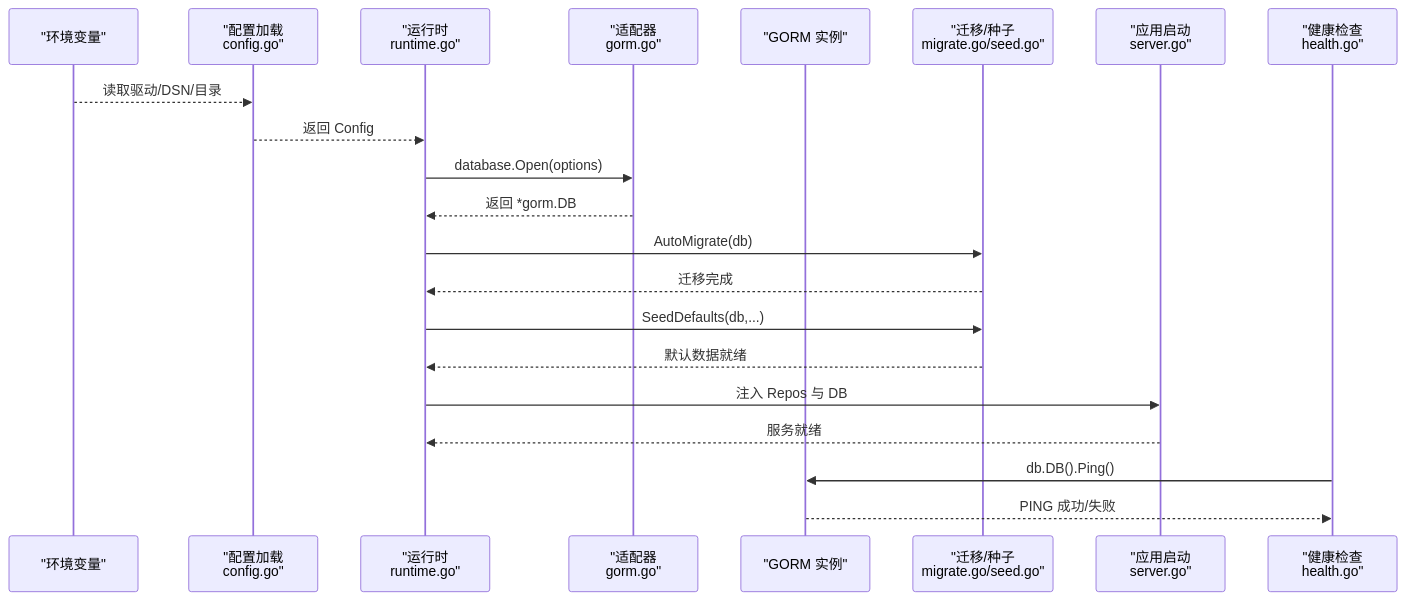
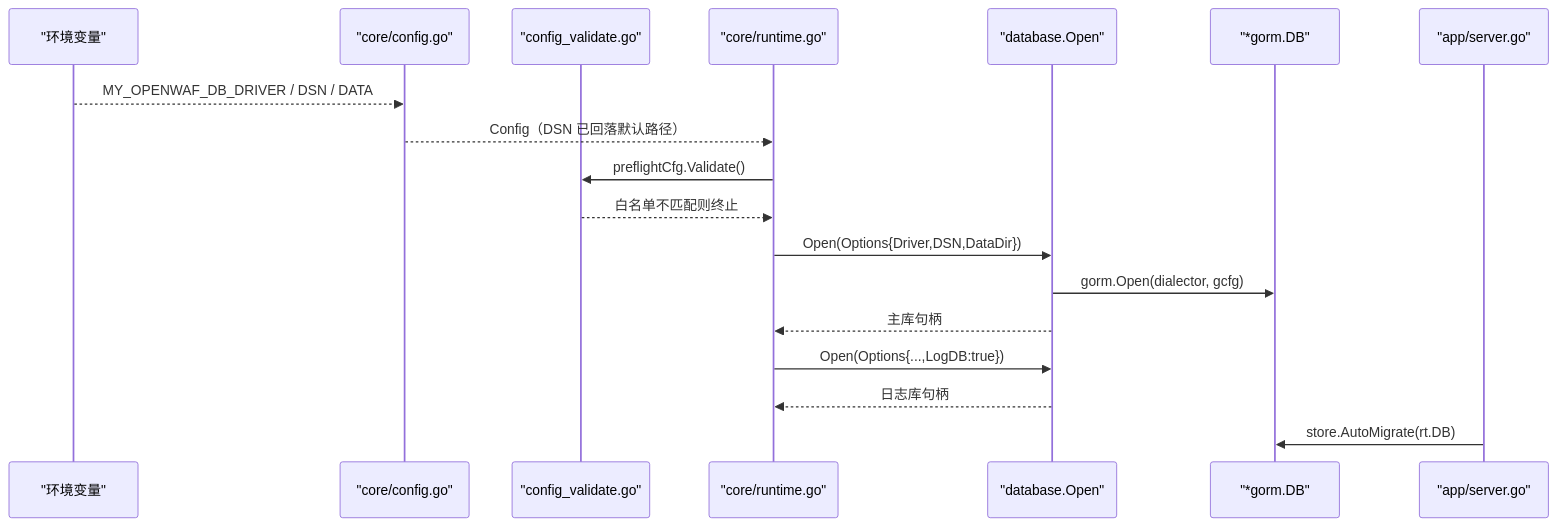
Before and after one commit to x01n/My-OpenWaf: the second of 5 diagrams in docs/扩展与插件系统/存储后端扩展/数据库适配器.md, drawn with Mermaid. The commit also changed other lines of this file and 622 other files, not shown here.

````diff
--- a/docs/扩展与插件系统/存储后端扩展/数据库适配器.md
+++ b/docs/扩展与插件系统/存储后端扩展/数据库适配器.md
@@ -109,23 +149,20 @@
 ```mermaid
 sequenceDiagram
-participant ENV as "环境变量"
-participant CFG as "配置加载<br/>config.go"
-participant RT as "运行时<br/>runtime.go"
-participant ADP as "适配器<br/>gorm.go"
-participant DB as "GORM 实例"
-participant MIG as "迁移/种子<br/>migrate.go/seed.go"
-participant APP as "应用启动<br/>server.go"
-participant HC as "健康检查<br/>health.go"
-ENV-->>CFG : 读取驱动/DSN/目录
-CFG-->>RT : 返回 Config
-RT->>ADP : database.Open(options)
-ADP-->>RT : 返回 *gorm.DB
-RT->>MIG : AutoMigrate(db)
-MIG-->>RT : 迁移完成
-RT->>MIG : SeedDefaults(db,...)
-MIG-->>RT : 默认数据就绪
-RT->>APP : 注入 Repos 与 DB
-APP-->>RT : 服务就绪
-HC->>DB : db.DB().Ping()
-DB-->>HC : PING 成功/失败
+    participant ENV as "环境变量"
+    participant CFG as "core/config.go"
+    participant VAL as "config_validate.go"
+    participant RT as "core/runtime.go"
+    participant ADP as "database.Open"
+    participant DB as "*gorm.DB"
+    participant APP as "app/server.go"
+    ENV-->>CFG : MY_OPENWAF_DB_DRIVER / DSN / DATA
+    CFG-->>RT : Config（DSN 已回落默认路径）
+    RT->>VAL : preflightCfg.Validate()
+    VAL-->>RT : 白名单不匹配则终止
+    RT->>ADP : Open(Options{Driver,DSN,DataDir})
+    ADP->>DB : gorm.Open(dialector, gcfg)
+    ADP-->>RT : 主库句柄
+    RT->>ADP : Open(Options{...,LogDB:true})
+    ADP-->>RT : 日志库句柄
+    APP->>DB : store.AutoMigrate(rt.DB)
 ```
````
